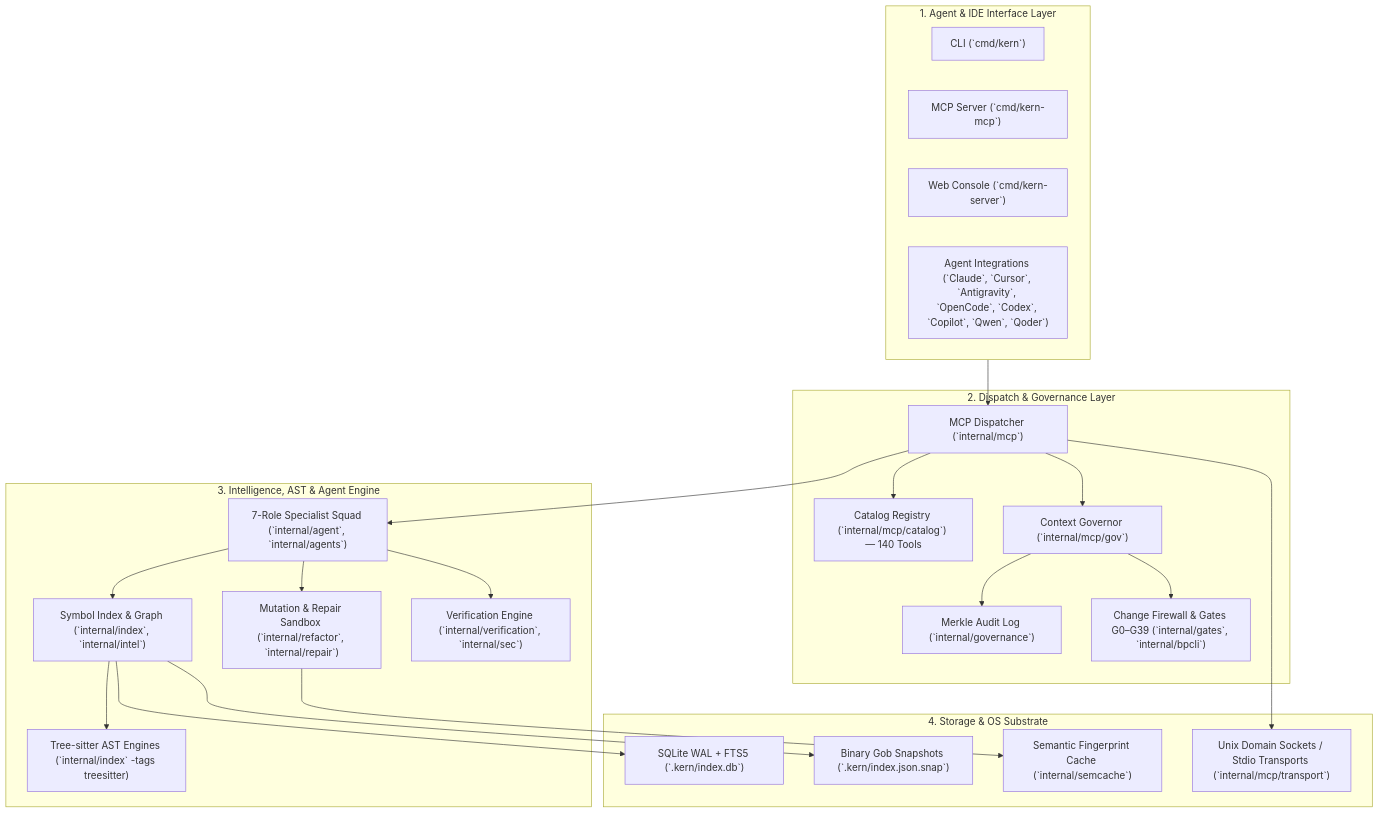
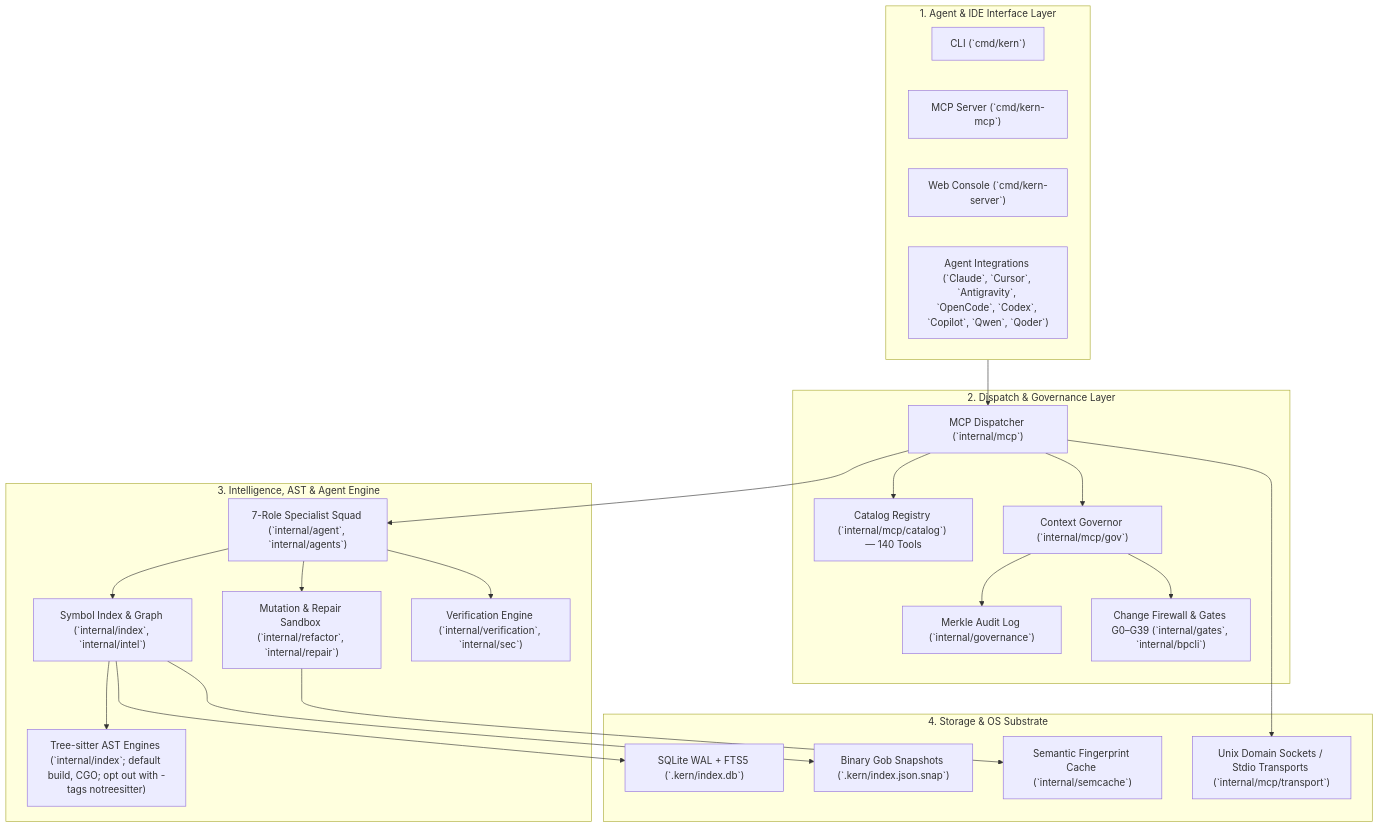
One commit to JayveerPrajapati/kern changed the first of 3 diagrams in docs/architecture.md. Above: the diagram before and after it, drawn with Mermaid. The commit also changed 16 other files, not shown here.

````diff
--- a/docs/architecture.md
+++ b/docs/architecture.md
@@ -11,47 +11,47 @@
 ```mermaid
 graph TD
     subgraph Clients["1. Agent & IDE Interface Layer"]
         CLI["CLI (`cmd/kern`)"]
         MCPServer["MCP Server (`cmd/kern-mcp`)"]
         WebConsole["Web Console (`cmd/kern-server`)"]
         Agents["Agent Integrations (`Claude`, `Cursor`, `Antigravity`, `OpenCode`, `Codex`, `Copilot`, `Qwen`, `Qoder`)"]
     end
 
     subgraph Governance["2. Dispatch & Governance Layer"]
         MCPMux["MCP Dispatcher (`internal/mcp`)"]
         Catalog["Catalog Registry (`internal/mcp/catalog`) — 140 Tools"]
         Gov["Context Governor (`internal/mcp/gov`)"]
         Audit["Merkle Audit Log (`internal/governance`)"]
         Firewall["Change Firewall & Gates G0–G39 (`internal/gates`, `internal/bpcli`)"]
     end
 
     subgraph Intelligence["3. Intelligence, AST & Agent Engine"]
         IndexEngine["Symbol Index & Graph (`internal/index`, `internal/intel`)"]
-        TreeSitter["Tree-sitter AST Engines (`internal/index` -tags treesitter)"]
+        TreeSitter["Tree-sitter AST Engines (`internal/index`; default build, CGO; opt out with -tags notreesitter)"]
         Squad["7-Role Specialist Squad (`internal/agent`, `internal/agents`)"]
         RefactorEngine["Mutation & Repair Sandbox (`internal/refactor`, `internal/repair`)"]
         Verification["Verification Engine (`internal/verification`, `internal/sec`)"]
     end
 
     subgraph Storage["4. Storage & OS Substrate"]
         SQLite["SQLite WAL + FTS5 (`.kern/index.db`)"]
         GobSnap["Binary Gob Snapshots (`.kern/index.json.snap`)"]
         SemCache["Semantic Fingerprint Cache (`internal/semcache`)"]
         UDS["Unix Domain Sockets / Stdio Transports (`internal/mcp/transport`)"]
     end
 
     Clients --> MCPMux
     MCPMux --> Catalog
     MCPMux --> Gov
     Gov --> Audit
     Gov --> Firewall
     MCPMux --> Squad
     Squad --> IndexEngine
     Squad --> RefactorEngine
     Squad --> Verification
     IndexEngine --> TreeSitter
     IndexEngine --> SQLite
     IndexEngine --> GobSnap
     RefactorEngine --> SemCache
     MCPMux --> UDS
 ```
````
